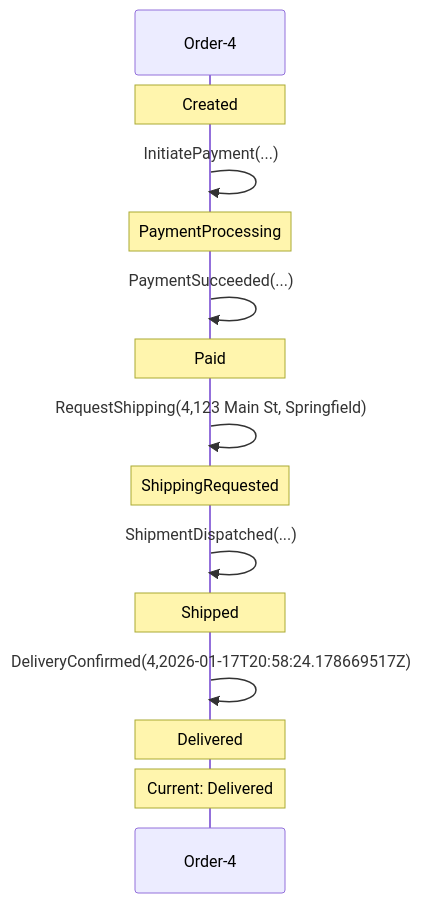
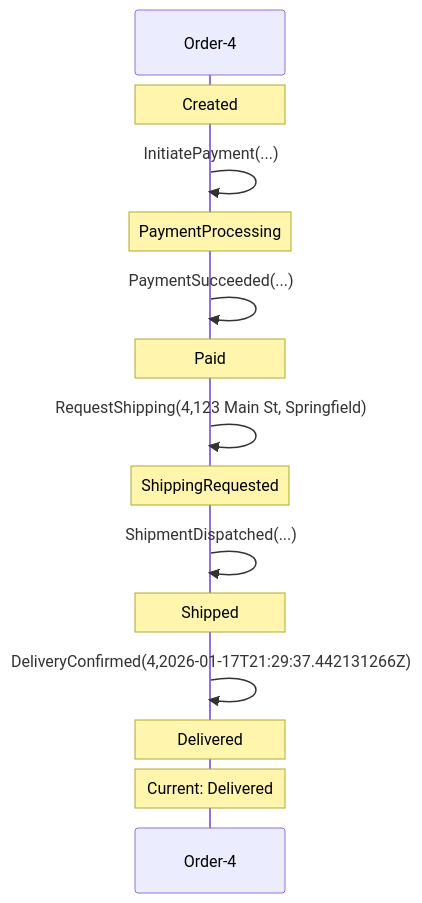
Before and after one commit to Iterable/mechanoid: the first of 2 diagrams in docs/visualizations/order-4-trace.md, drawn with Mermaid. The commit also changed 11 other files, not shown here.

````diff
--- a/docs/visualizations/order-4-trace.md
+++ b/docs/visualizations/order-4-trace.md
@@ -7,17 +7,17 @@
 ```mermaid
 sequenceDiagram
     participant FSM as Order-4
     Note over FSM: Created
     FSM->>FSM: InitiatePayment(...)
     Note over FSM: PaymentProcessing
     FSM->>FSM: PaymentSucceeded(...)
     Note over FSM: Paid
     FSM->>FSM: RequestShipping(4,123 Main St, Springfield)
     Note over FSM: ShippingRequested
     FSM->>FSM: ShipmentDispatched(...)
     Note over FSM: Shipped
-    FSM->>FSM: DeliveryConfirmed(4,2026-01-17T20:58:24.178669517Z)
+    FSM->>FSM: DeliveryConfirmed(4,2026-01-17T21:29:37.442131266Z)
     Note over FSM: Delivered
     Note over FSM: Current: Delivered
 
 ```
````
